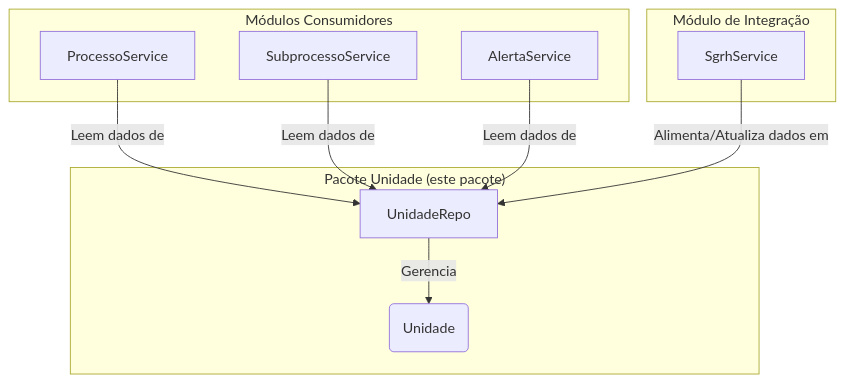
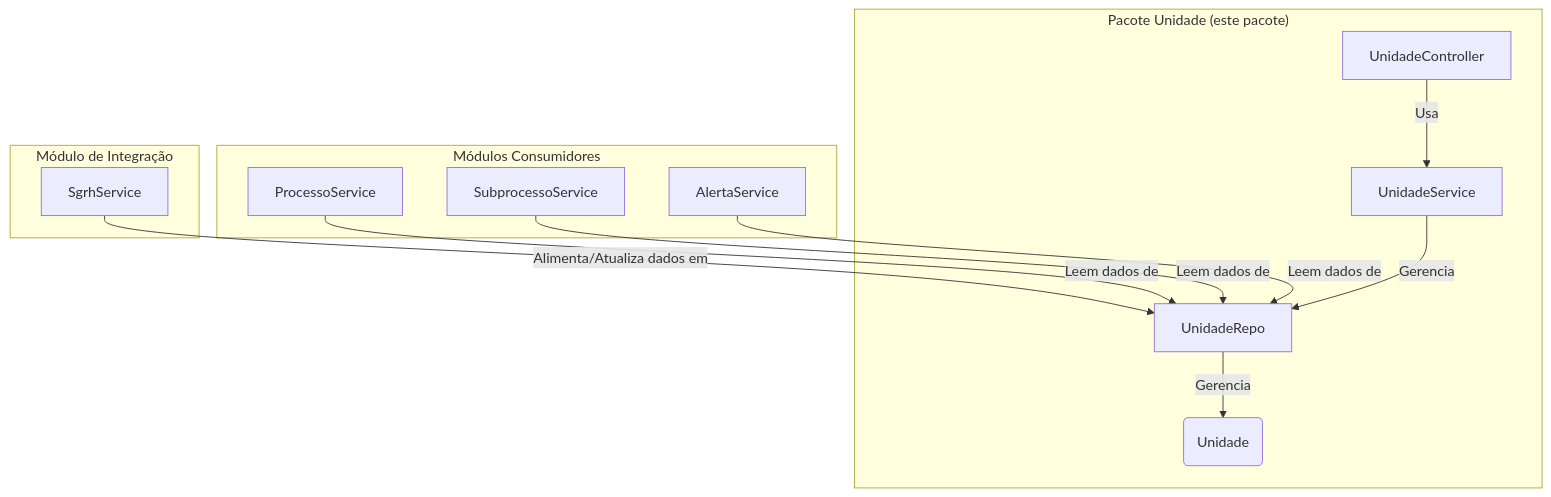
The diagram in backend/src/main/java/sgc/unidade/README.md (lgalvao/sgc), drawn with Mermaid before and after one commit. The commit also changed other lines of this file and 13 other files, not shown here.

````diff
--- a/backend/src/main/java/sgc/unidade/README.md
+++ b/backend/src/main/java/sgc/unidade/README.md
@@ -11,23 +12,27 @@
 ```mermaid
 graph TD
     subgraph "Pacote Unidade (este pacote)"
         Modelo(Unidade)
         Repo[UnidadeRepo]
+        Controller[UnidadeController]
+        Service[UnidadeService]
     end
 
     subgraph "Módulos Consumidores"
         ProcessoService
         SubprocessoService
         AlertaService
     end
 
     subgraph "Módulo de Integração"
         SgrhService
     end
 
     ProcessoService & SubprocessoService & AlertaService -- Leem dados de --> Repo
 
     SgrhService -- Alimenta/Atualiza dados em --> Repo
 
+    Controller -- Usa --> Service
+    Service -- Gerencia --> Repo
     Repo -- Gerencia --> Modelo
 ```
````
